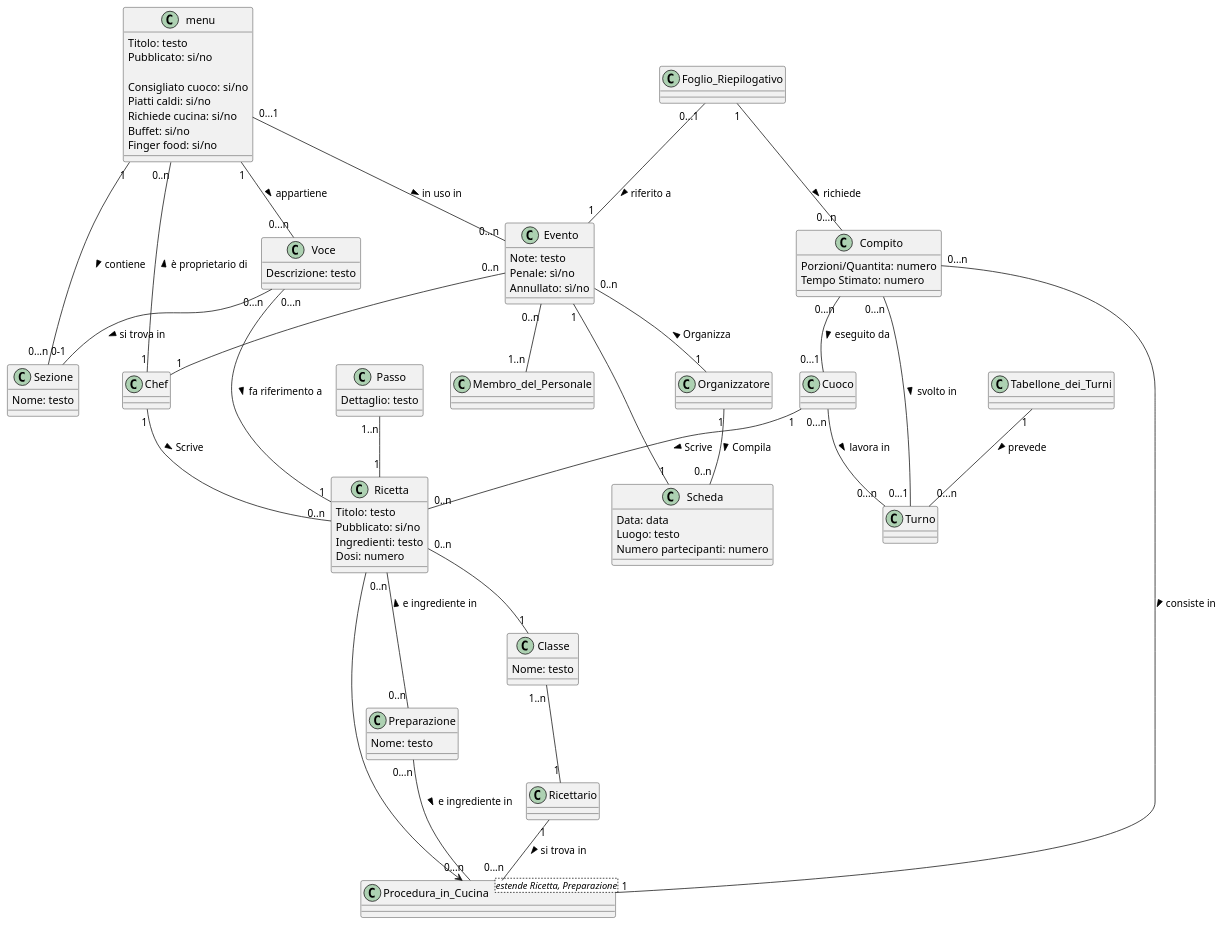
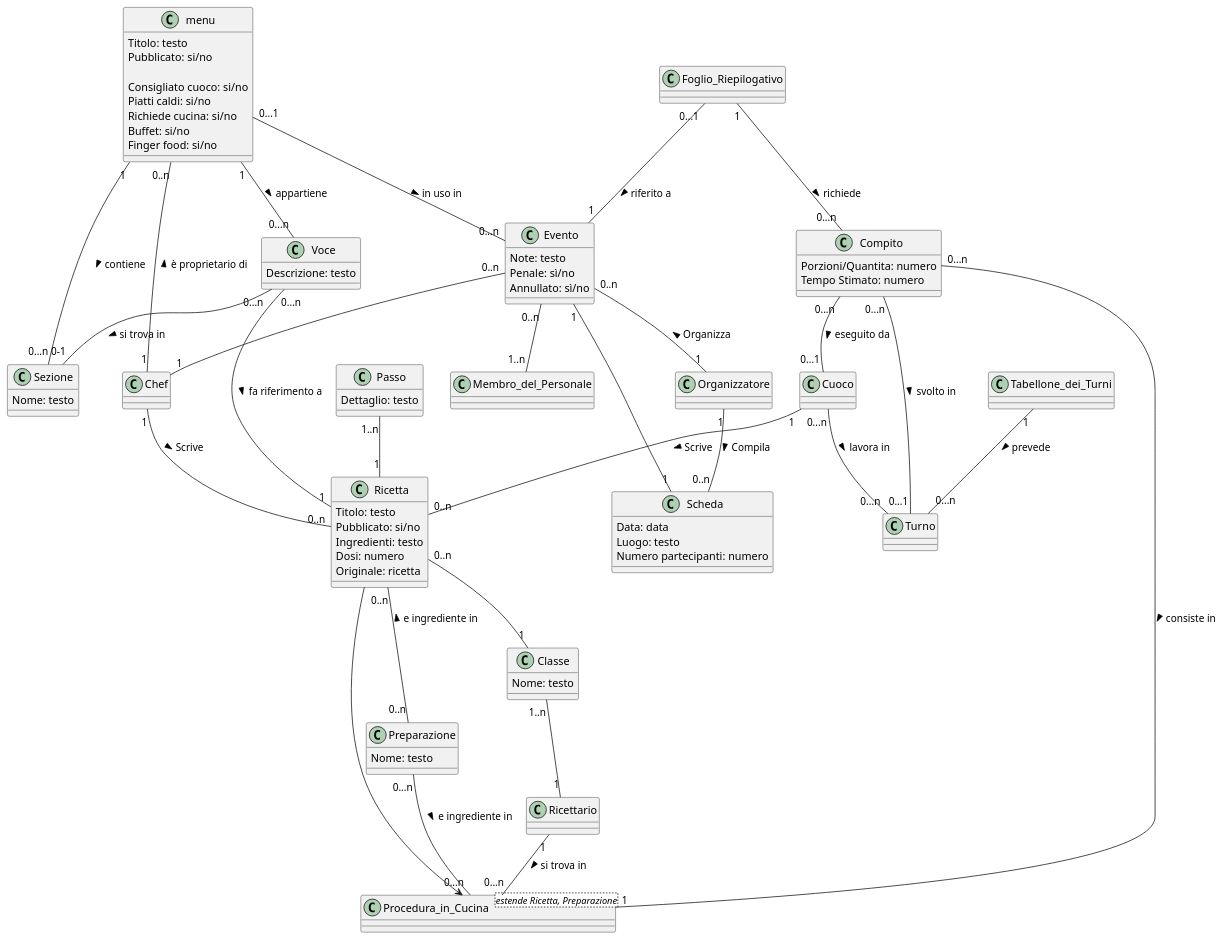
One commit to m0canu1/sas changed the diagram in mdd/modello-di-dominio.md. Above: the diagram before and after it, drawn with PlantUML. The commit also changed 1 other file, not shown here.

Commit message:
Modifiche del caso d'uso delle ricette sul MDD e SSD

```diff
--- a/mdd/modello-di-dominio.md
+++ b/mdd/modello-di-dominio.md
@@ -32,6 +32,7 @@
 	Pubblicato: si/no
 	Ingredienti: testo
 	Dosi: numero
+    Originale: ricetta
 }
 
 Class Passo {
```
